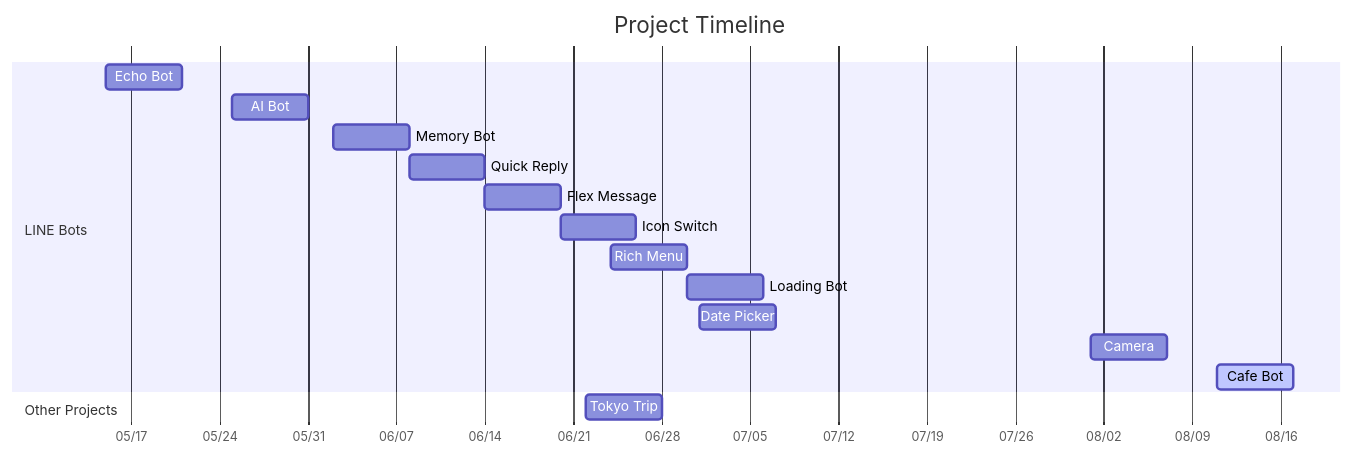
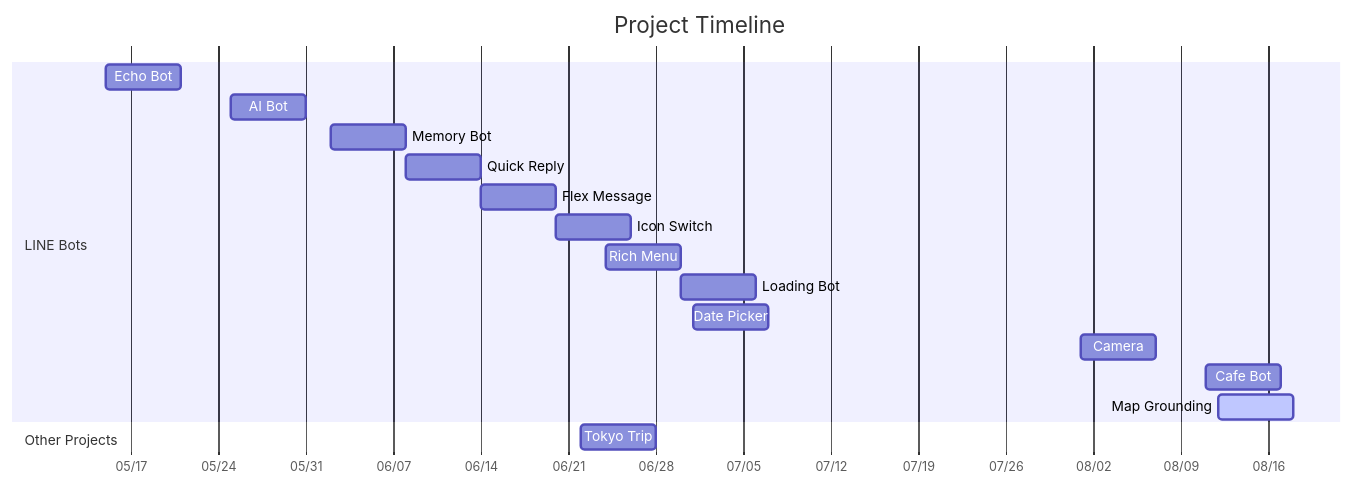
The diagram in README.md (zonawang/zona-ai-learning-lab), drawn with Mermaid before and after one commit. The commit also changed other lines of this file, not shown here.

Commit message:
Add LINE Map Grounding project

````diff
--- a/README.md
+++ b/README.md
@@ -11,22 +11,23 @@
 ```mermaid
 gantt
     title Project Timeline
     dateFormat YYYY-MM-DD
     axisFormat %m/%d
 
     section LINE Bots
     Echo Bot      :p1, 2026-05-15, 6d
     AI Bot        :p2, 2026-05-25, 6d
     Memory Bot    :p3, 2026-06-02, 6d
     Quick Reply   :p4, 2026-06-08, 6d
     Flex Message  :p5, 2026-06-14, 6d
     Icon Switch   :p6, 2026-06-20, 6d
     Rich Menu     :p8, 2026-06-24, 6d
     Loading Bot   :p9, 2026-06-30, 6d
     Date Picker   :p10, 2026-07-01, 6d
     Camera        :p11, 2026-08-01, 6d
-    Cafe Bot      :active, p12, 2026-08-11, 6d
+    Cafe Bot      :p12, 2026-08-11, 6d
+    Map Grounding :active, p13, 2026-08-12, 6d
 
     section Other Projects
     Tokyo Trip    :p7, 2026-06-22, 6d
 ```
````
